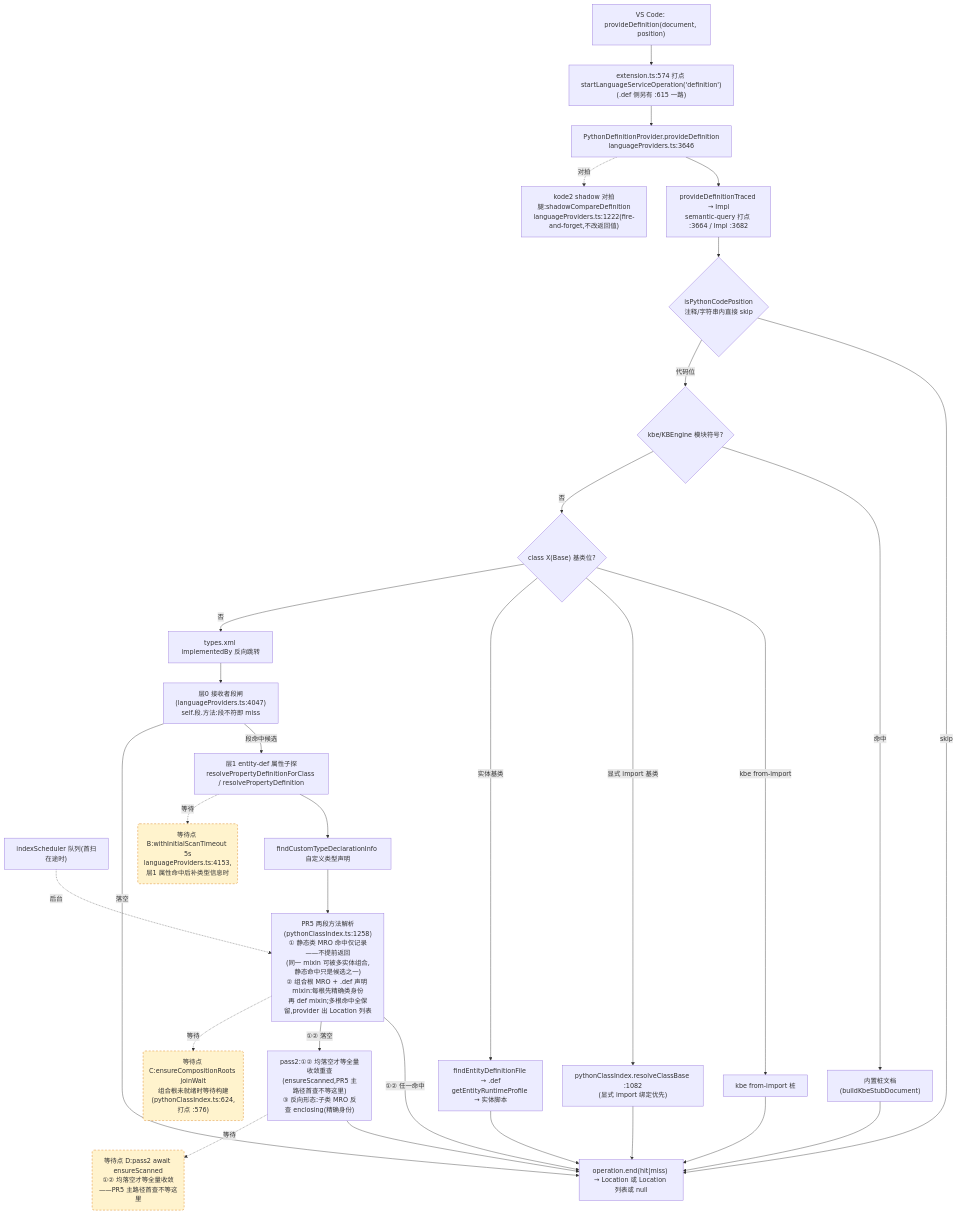
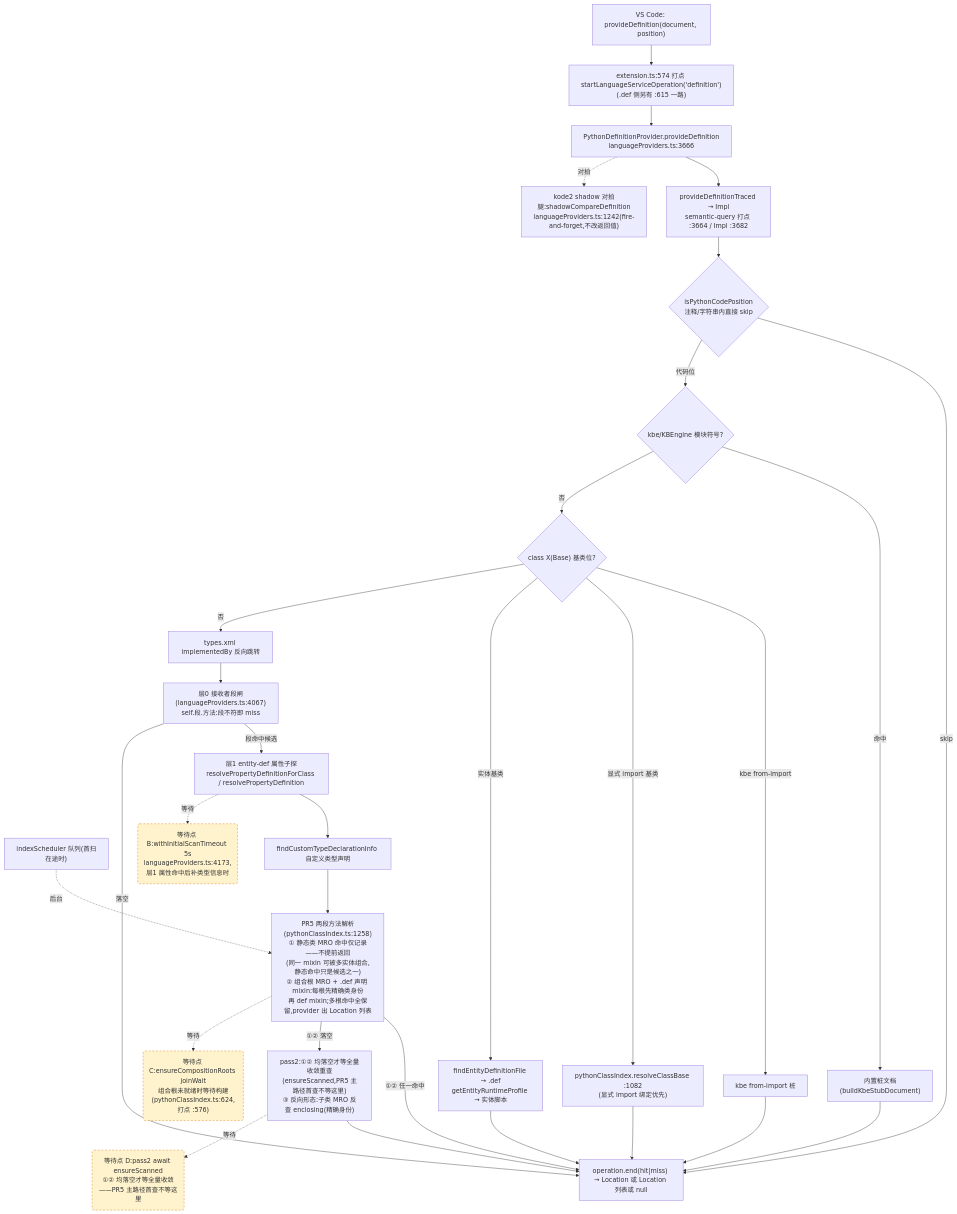
One commit to cuihairu/kode changed the second of 4 diagrams in docs/perf/2026-baseline.md. Above: the diagram before and after it, drawn with Mermaid. The commit also changed other lines of this file and 4 other files, not shown here.

````diff
--- a/docs/perf/2026-baseline.md
+++ b/docs/perf/2026-baseline.md
@@ -130,51 +130,51 @@
 ```mermaid
 flowchart TD
   VC2["VS Code: provideDefinition(document, position)"]
   M2["extension.ts:574 打点 startLanguageServiceOperation('definition')<br/>(.def 侧另有 :615 一路)"]
-  AD2["PythonDefinitionProvider.provideDefinition<br/>languageProviders.ts:3646"]
+  AD2["PythonDefinitionProvider.provideDefinition<br/>languageProviders.ts:3666"]
   TR["provideDefinitionTraced → Impl<br/>semantic-query 打点 :3664 / Impl :3682"]
   CTX{"isPythonCodePosition<br/>注释/字符串内直接 skip"}
   KBE{"kbe/KBEngine 模块符号?"}
   STUB["内置桩文档(buildKbeStubDocument)"]
   CB{"class X(Base) 基类位?"}
   CB1["kbe from-import 桩"]
   CB2["pythonClassIndex.resolveClassBase :1082<br/>(显式 import 绑定优先)"]
   CB3["findEntityDefinitionFile → .def<br/>getEntityRuntimeProfile → 实体脚本"]
   REV["types.xml implementedBy 反向跳转"]
-  L0["层0 接收者段闸(languageProviders.ts:4047)<br/>self.段.方法:段不符即 miss"]
+  L0["层0 接收者段闸(languageProviders.ts:4067)<br/>self.段.方法:段不符即 miss"]
   L1["层1 entity-def 属性子探<br/>resolvePropertyDefinitionForClass / resolvePropertyDefinition"]
   SCAN["indexScheduler 队列(首扫在途时)"]
   TY["findCustomTypeDeclarationInfo 自定义类型声明"]
   MRO["PR5 两段方法解析(pythonClassIndex.ts:1258)<br/>① 静态类 MRO 命中仅记录——不提前返回<br/>(同一 mixin 可被多实体组合,静态命中只是候选之一)<br/>② 组合根 MRO + .def 声明 mixin:每根先精确类身份<br/>再 def mixin;多根命中全保留,provider 出 Location 列表"]
   PASS2["pass2:①② 均落空才等全量收敛重查<br/>(ensureScanned,PR5 主路径首查不等这里)<br/>③ 反向形态:子类 MRO 反查 enclosing(精确身份)"]
-  SHD["kode2 shadow 对拍腿:shadowCompareDefinition<br/>languageProviders.ts:1222(fire-and-forget,不改返回值)"]
+  SHD["kode2 shadow 对拍腿:shadowCompareDefinition<br/>languageProviders.ts:1242(fire-and-forget,不改返回值)"]
   END2["operation.end(hit|miss) → Location 或 Location 列表或 null"]
 
   VC2 --> M2 --> AD2 --> TR --> CTX
   CTX -- "skip" --> END2
   CTX -- "代码位" --> KBE
   KBE -- "命中" --> STUB --> END2
   KBE -- "否" --> CB
   CB -- "kbe from-import" --> CB1 --> END2
   CB -- "显式 import 基类" --> CB2 --> END2
   CB -- "实体基类" --> CB3 --> END2
   CB -- "否" --> REV --> L0
   L0 -- "段命中候选" --> L1
   L0 -- "落空" --> END2
   L1 --> TY
   TY --> MRO
   MRO -- "①② 任一命中" --> END2
   MRO -- "①② 落空" --> PASS2 --> END2
   AD2 -.->|对拍| SHD
 
-  WAITB("等待点 B:withInitialScanTimeout 5s<br/>languageProviders.ts:4153,层1 属性命中后补类型信息时")
+  WAITB("等待点 B:withInitialScanTimeout 5s<br/>languageProviders.ts:4173,层1 属性命中后补类型信息时")
   WAITC("等待点 C:ensureCompositionRoots joinWait<br/>组合根未就绪时等待构建(pythonClassIndex.ts:624,打点 :576)")
   WAITD("等待点 D:pass2 await ensureScanned<br/>①② 均落空才等全量收敛——PR5 主路径首查不等这里")
   L1 -.->|等待| WAITB
   MRO -.->|等待| WAITC
   PASS2 -.->|等待| WAITD
   SCAN -.->|后台| MRO
 
   classDef waitPoint fill:#fff3cd,stroke:#d97706,stroke-dasharray:5 4;
   class WAITB,WAITC,WAITD waitPoint;
 ```
````
